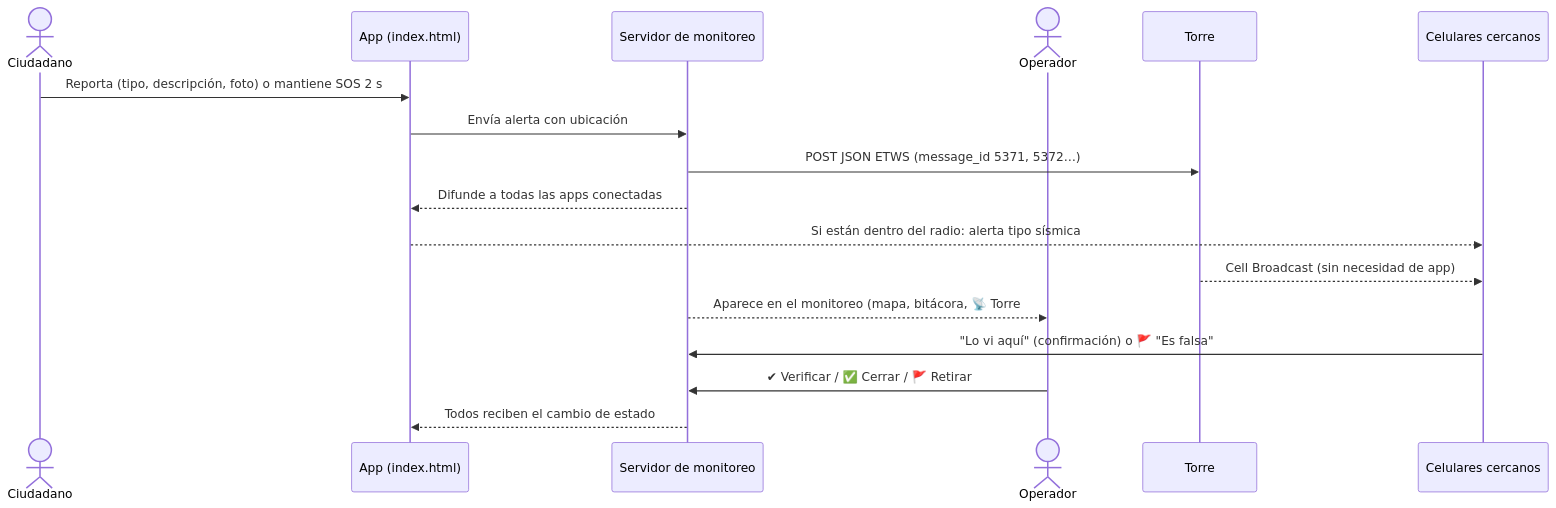
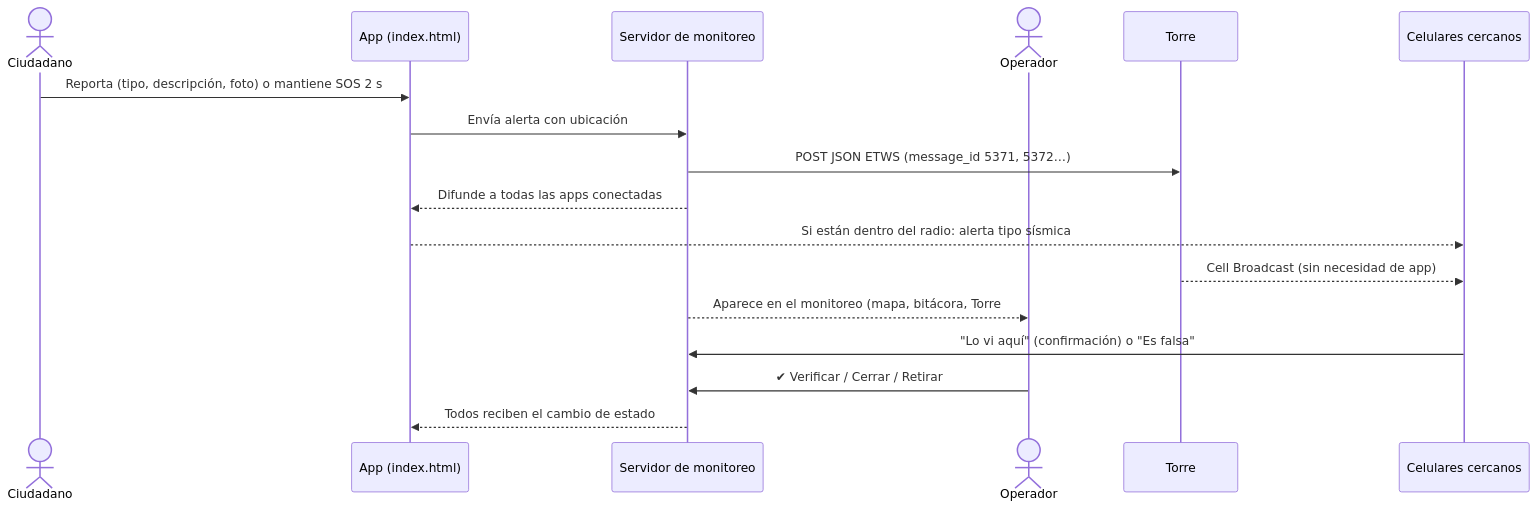
The second of 2 diagrams in README.md (RobloxCode/Alerta-Cerca), drawn with Mermaid before and after one commit. The commit also changed other lines of this file, not shown here.

````diff
--- a/README.md
+++ b/README.md
@@ -18,20 +18,20 @@
 ```mermaid
 sequenceDiagram
     actor U as Ciudadano
     participant App as App (index.html)
     participant S as Servidor de monitoreo
     actor O as Operador
     participant T as Torre
     participant V as Celulares cercanos
 
     U->>App: Reporta (tipo, descripción, foto) o mantiene SOS 2 s
     App->>S: Envía alerta con ubicación
     S->>T: POST JSON ETWS (message_id 5371, 5372…)
     S-->>App: Difunde a todas las apps conectadas
     App-->>V: Si están dentro del radio: alerta tipo sísmica
     T-->>V: Cell Broadcast (sin necesidad de app)
-    S-->>O: Aparece en el monitoreo (mapa, bitácora, 📡 Torre #id)
-    V->>S: "Lo vi aquí" (confirmación) o 🚩 "Es falsa"
-    O->>S: ✔ Verificar / ✅ Cerrar / 🚩 Retirar
+    S-->>O: Aparece en el monitoreo (mapa, bitácora, Torre #id)
+    V->>S: "Lo vi aquí" (confirmación) o "Es falsa"
+    O->>S: ✔ Verificar / Cerrar / Retirar
     S-->>App: Todos reciben el cambio de estado
 ```
````
